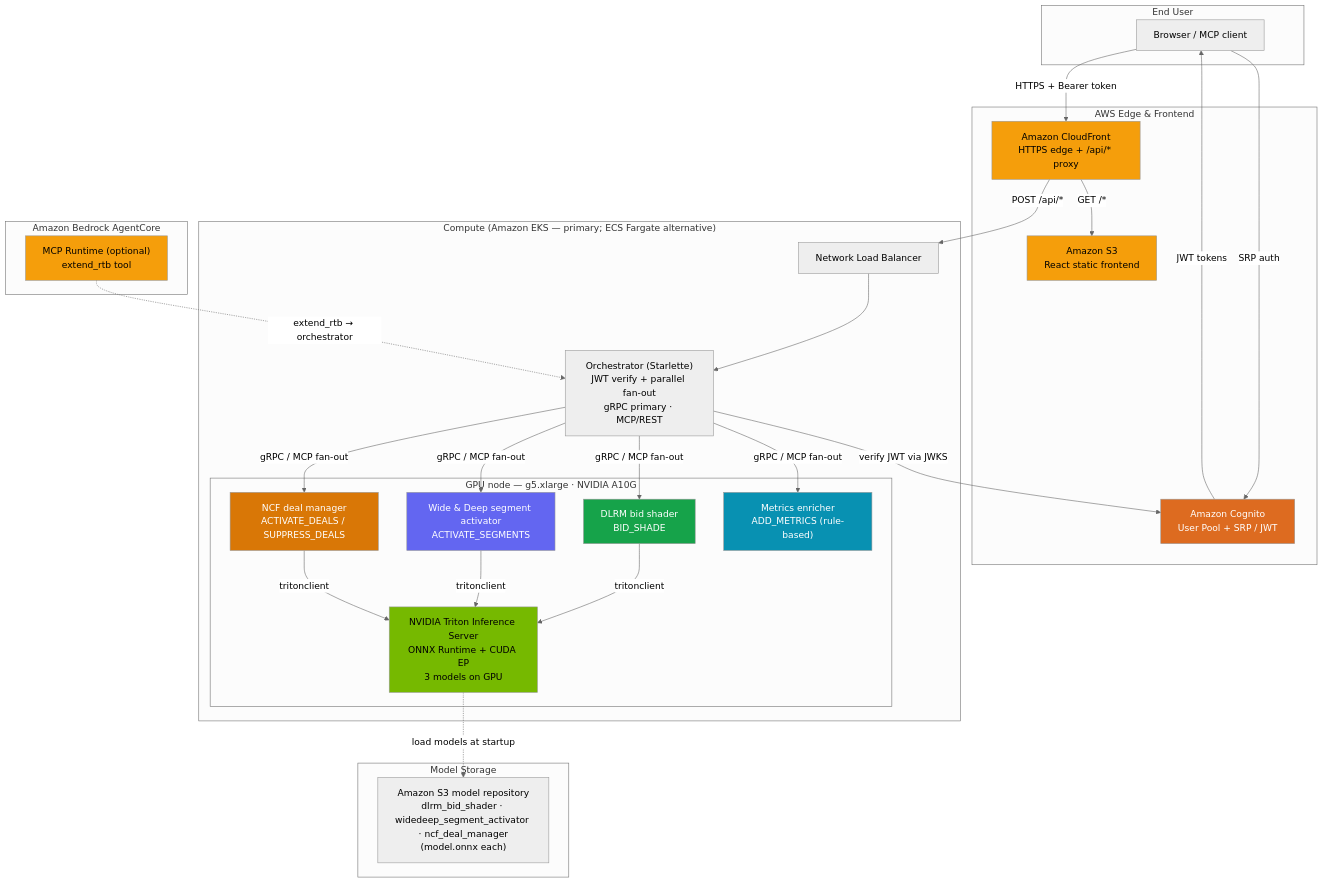
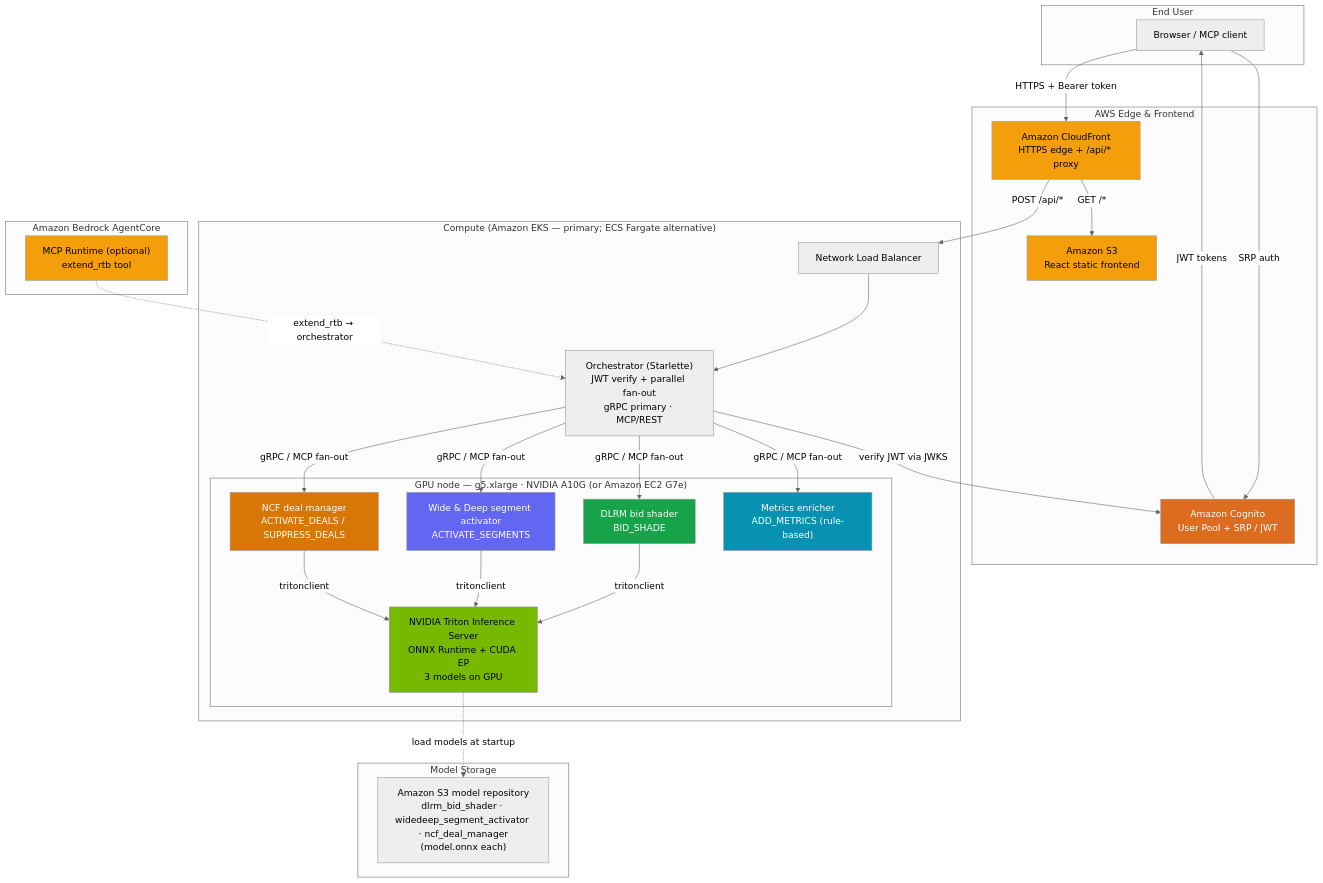
One commit to aws-solutions-library-samples/guidance-for-accelerator-optimized-agentic-bidding-on-aws changed the diagram in assets/images/architecture.md. Above: the diagram before and after it, drawn with Mermaid (neutral theme). The commit also changed other lines of this file and 7 other files, not shown here.

````diff
--- a/assets/images/architecture.md
+++ b/assets/images/architecture.md
@@ -49,60 +50,60 @@
 ```mermaid
 graph TB
     subgraph User["End User"]
         Browser["Browser / MCP client"]
     end
 
     subgraph Edge["AWS Edge & Frontend"]
         CF["Amazon CloudFront<br/>HTTPS edge + /api/* proxy"]
         S3F["Amazon S3<br/>React static frontend"]
         COG["Amazon Cognito<br/>User Pool + SRP / JWT"]
     end
 
     subgraph EKS["Compute (Amazon EKS — primary; ECS Fargate alternative)"]
         NLB["Network Load Balancer"]
         ORCH["Orchestrator (Starlette)<br/>JWT verify + parallel fan-out<br/>gRPC primary · MCP/REST"]
 
-        subgraph GPU["GPU node — g5.xlarge · NVIDIA A10G"]
+        subgraph GPU["GPU node — g5.xlarge · NVIDIA A10G (or Amazon EC2 G7e)"]
             TRITON["NVIDIA Triton Inference Server<br/>ONNX Runtime + CUDA EP<br/>3 models on GPU"]
             DLRM_C["DLRM bid shader<br/>BID_SHADE"]
             WD_C["Wide & Deep segment activator<br/>ACTIVATE_SEGMENTS"]
             NCF_C["NCF deal manager<br/>ACTIVATE_DEALS / SUPPRESS_DEALS"]
             MET_C["Metrics enricher<br/>ADD_METRICS (rule-based)"]
         end
     end
 
     subgraph Models["Model Storage"]
         S3M["Amazon S3 model repository<br/>dlrm_bid_shader · widedeep_segment_activator · ncf_deal_manager<br/>(model.onnx each)"]
     end
 
     subgraph Bedrock["Amazon Bedrock AgentCore"]
         AC["MCP Runtime (optional)<br/>extend_rtb tool"]
     end
 
     Browser -->|"SRP auth"| COG
     COG -->|"JWT tokens"| Browser
     Browser -->|"HTTPS + Bearer token"| CF
     CF -->|"GET /*"| S3F
     CF -->|"POST /api/*"| NLB
     NLB --> ORCH
     ORCH -->|"verify JWT via JWKS"| COG
     ORCH -->|"gRPC / MCP fan-out"| DLRM_C
     ORCH -->|"gRPC / MCP fan-out"| WD_C
     ORCH -->|"gRPC / MCP fan-out"| NCF_C
     ORCH -->|"gRPC / MCP fan-out"| MET_C
     DLRM_C -->|"tritonclient"| TRITON
     WD_C -->|"tritonclient"| TRITON
     NCF_C -->|"tritonclient"| TRITON
     TRITON -.->|"load models at startup"| S3M
     AC -.->|"extend_rtb → orchestrator"| ORCH
 
     style TRITON fill:#76b900,color:#000
     style DLRM_C fill:#16a34a,color:#fff
     style WD_C fill:#6366f1,color:#fff
     style NCF_C fill:#d97706,color:#fff
     style MET_C fill:#0891b2,color:#fff
     style CF fill:#f59e0b,color:#000
     style S3F fill:#f59e0b,color:#000
     style COG fill:#dd6b20,color:#fff
     style AC fill:#f59e0b,color:#000
 ```
````
